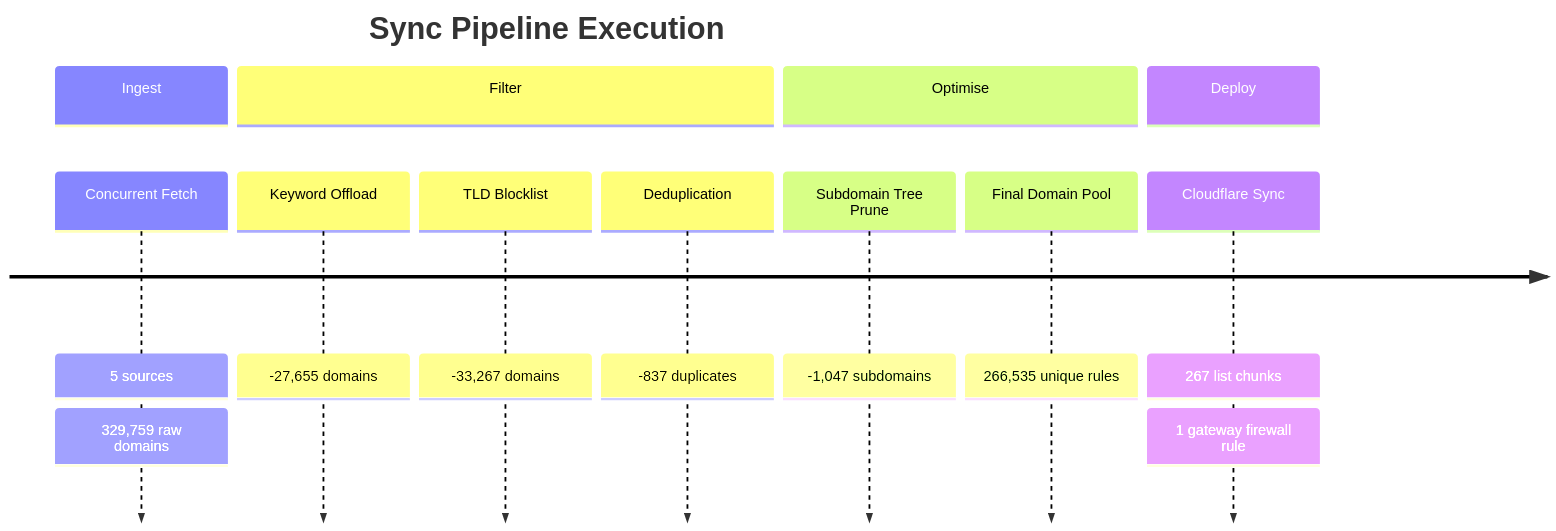
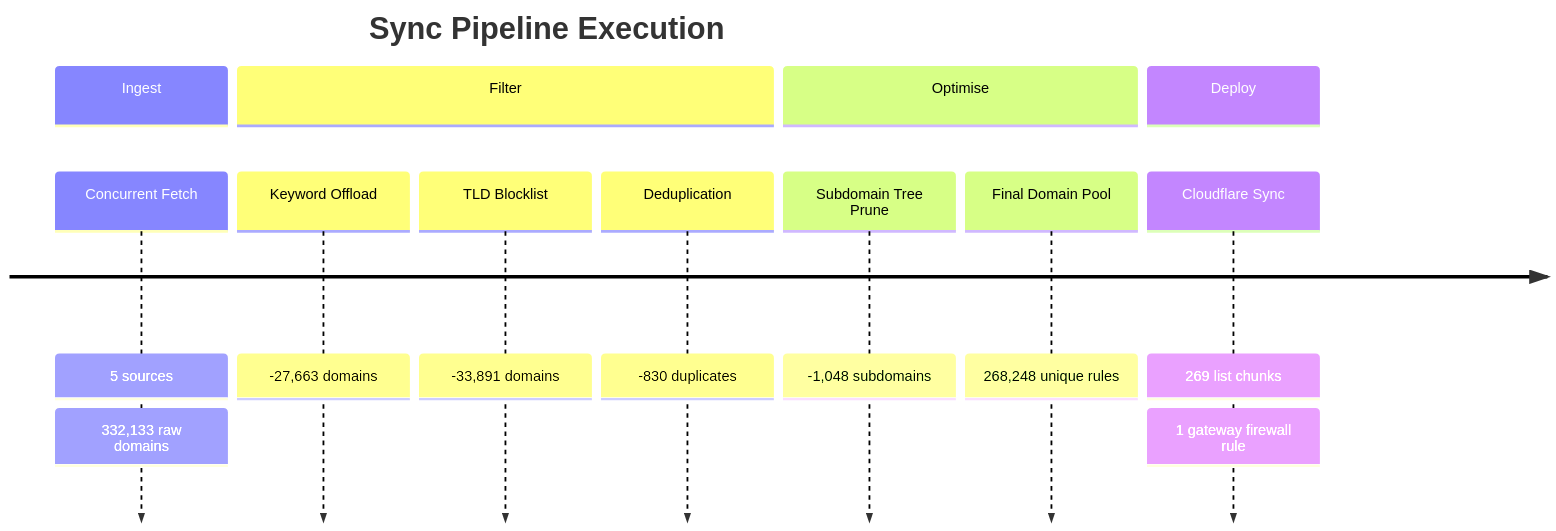
One commit to brojangles24/Cloudflare-ZeroTrust-AdBlock changed the second of 6 diagrams in README_STATS.md. Above: the diagram before and after it, drawn with Mermaid. The commit also changed other lines of this file and 1 other file, not shown here.

````diff
--- a/README_STATS.md
+++ b/README_STATS.md
@@ -54,17 +54,17 @@
 ```mermaid
 timeline
     title Sync Pipeline Execution
     section Ingest
         Concurrent Fetch   : 5 sources
-                           : 329,759 raw domains
+                           : 332,133 raw domains
     section Filter
-        Keyword Offload    : -27,655 domains
-        TLD Blocklist      : -33,267 domains
-        Deduplication      : -837 duplicates
+        Keyword Offload    : -27,663 domains
+        TLD Blocklist      : -33,891 domains
+        Deduplication      : -830 duplicates
     section Optimise
-        Subdomain Tree Prune : -1,047 subdomains
-        Final Domain Pool    : 266,535 unique rules
+        Subdomain Tree Prune : -1,048 subdomains
+        Final Domain Pool    : 268,248 unique rules
     section Deploy
-        Cloudflare Sync    : 267 list chunks
+        Cloudflare Sync    : 269 list chunks
                            : 1 gateway firewall rule
 ```
````
